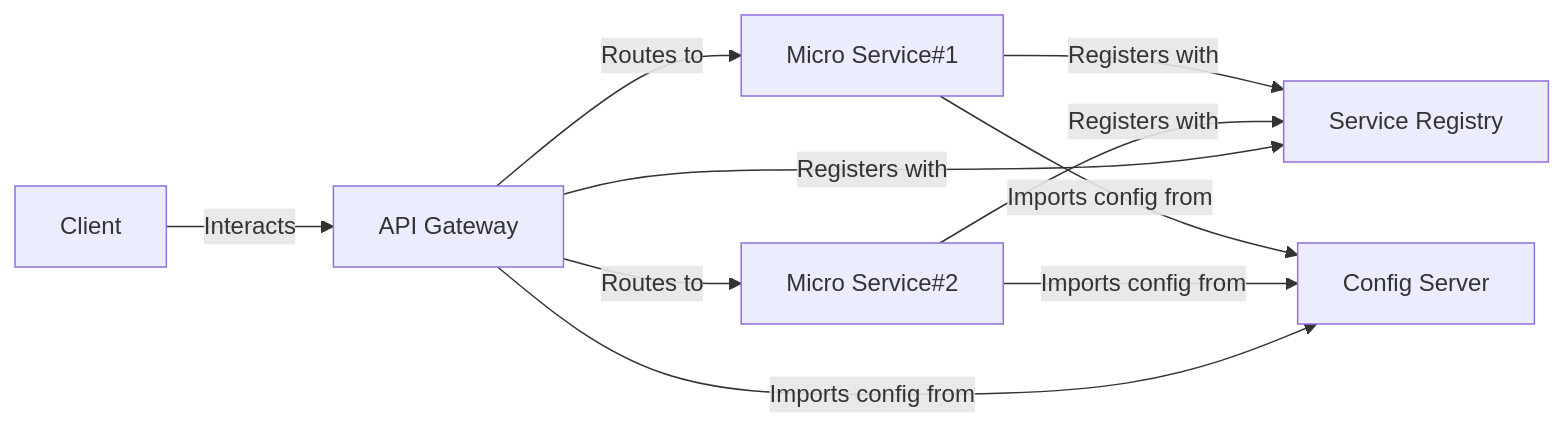
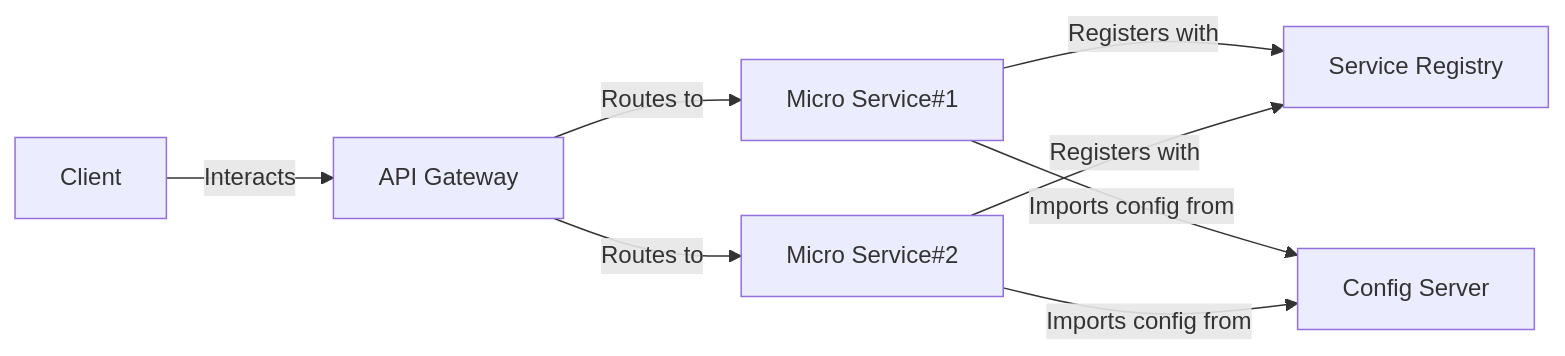
One commit to KalGookSoo/springboot-msa changed the diagram in README.md. Above: the diagram before and after it, drawn with Mermaid.

Commit message:
docs: README.md 수정 서비스 구성 수정

````diff
--- a/README.md
+++ b/README.md
@@ -30,12 +30,10 @@
 ```mermaid
 graph LR
     A[Client] -->|Interacts| B[API Gateway]
     B -->|Routes to| D[Micro Service#1]
     B -->|Routes to| E[Micro Service#2]
     D -->|Registers with| C[Service Registry]
     E -->|Registers with| C
-    B -->|Registers with| C
     D -->|Imports config from| F[Config Server]
     E -->|Imports config from| F
-    B -->|Imports config from| F
 ```
````
